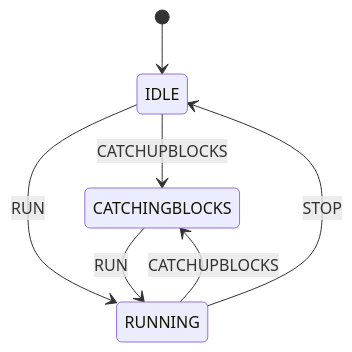
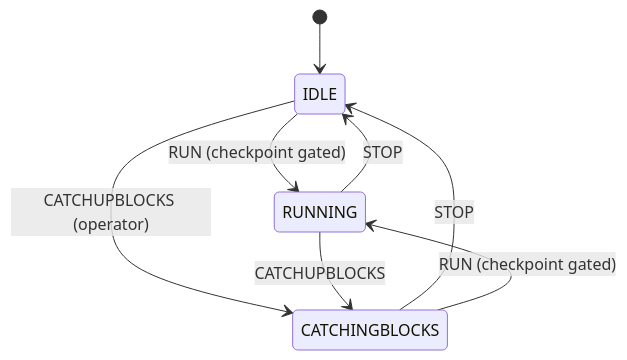
The diagram in docs/topics/architecture/img/fsmDiagram.mermaid (oskarszoon/teranode), drawn with Mermaid before and after one commit. The commit also changed 33 other files, not shown here.

```diff
--- a/docs/topics/architecture/img/fsmDiagram.mermaid
+++ b/docs/topics/architecture/img/fsmDiagram.mermaid
@@ -1,7 +1,8 @@
 stateDiagram-v2
     [*] --> IDLE
-    IDLE --> CATCHINGBLOCKS: CATCHUPBLOCKS
-    IDLE --> RUNNING: RUN
+    IDLE --> RUNNING: RUN (checkpoint gated)
+    IDLE --> CATCHINGBLOCKS: CATCHUPBLOCKS (operator)
     RUNNING --> CATCHINGBLOCKS: CATCHUPBLOCKS
-    CATCHINGBLOCKS --> RUNNING: RUN
     RUNNING --> IDLE: STOP
+    CATCHINGBLOCKS --> IDLE: STOP
+    CATCHINGBLOCKS --> RUNNING: RUN (checkpoint gated)
```
